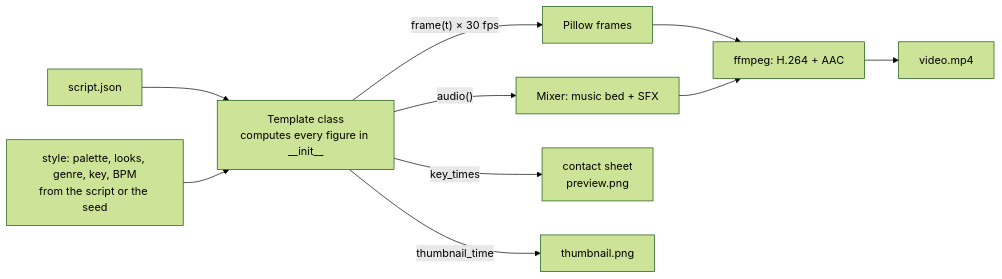
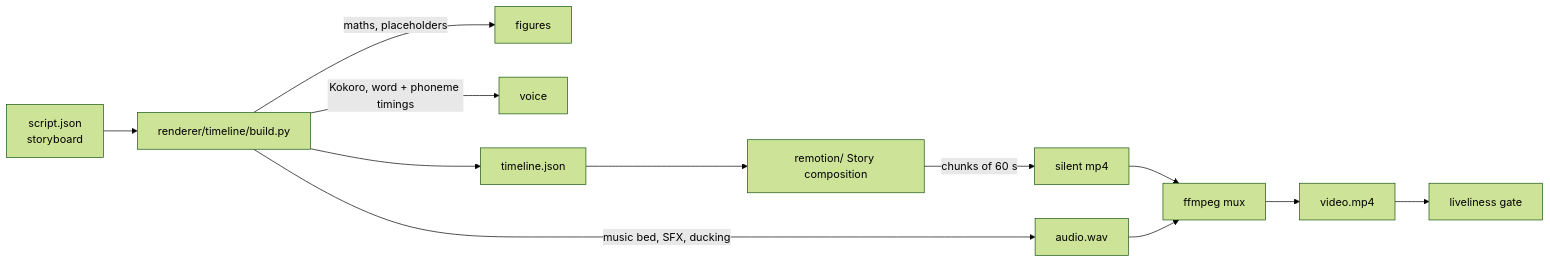
The diagram in docs/guide/05-the-renderer.md (n2chawra/finance-shorts-bot), drawn with Mermaid (forest theme) before and after one commit. The commit also changed other lines of this file and 88 other files, not shown here.

First line of the commit message:
Remotion only: remove the Pillow engine, its templates and the voiceover test

````diff
--- a/docs/guide/05-the-renderer.md
+++ b/docs/guide/05-the-renderer.md
@@ -12,12 +6,13 @@
 ```mermaid
 flowchart LR
-    S[script.json] --> V[Template class<br/>computes every figure in __init__]
-    ST[style: palette, looks, genre, key, BPM<br/>from the script or the seed] --> V
-    V -->|"frame(t) × 30 fps"| F[Pillow frames]
-    V -->|"audio()"| A[Mixer: music bed + SFX]
-    F --> M[ffmpeg: H.264 + AAC]
-    A --> M
-    M --> MP4[video.mp4]
-    V -->|key_times| P[contact sheet<br/>preview.png]
-    V -->|thumbnail_time| T[thumbnail.png]
+    S[script.json<br/>storyboard] --> B[renderer/timeline/build.py]
+    B -->|maths, placeholders| N[figures]
+    B -->|Kokoro, word + phoneme timings| V[voice]
+    B -->|music bed, SFX, ducking| A[audio.wav]
+    B --> T[timeline.json]
+    T --> R[remotion/ Story composition]
+    R -->|chunks of 60 s| M[silent mp4]
+    M --> X[ffmpeg mux] --> O[video.mp4]
+    A --> X
+    O --> G[liveliness gate]
 ```
````
